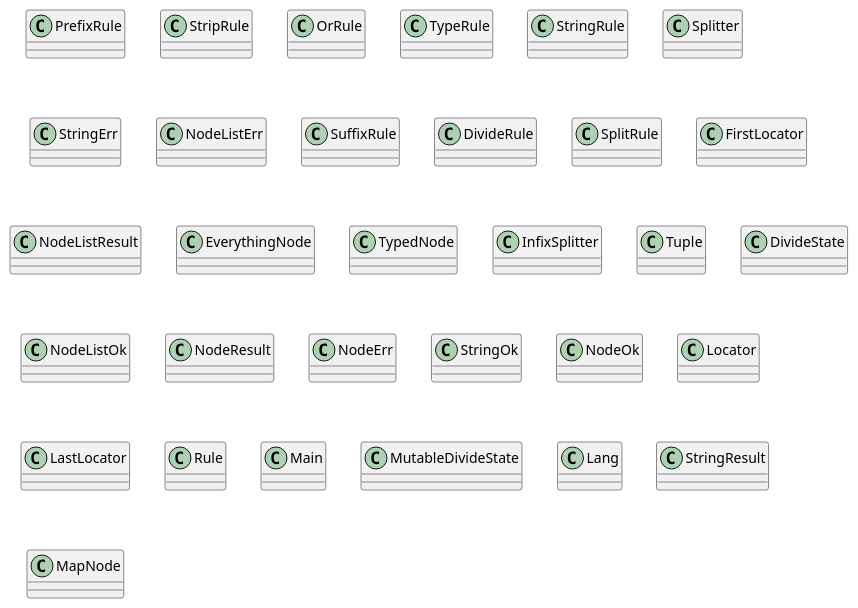
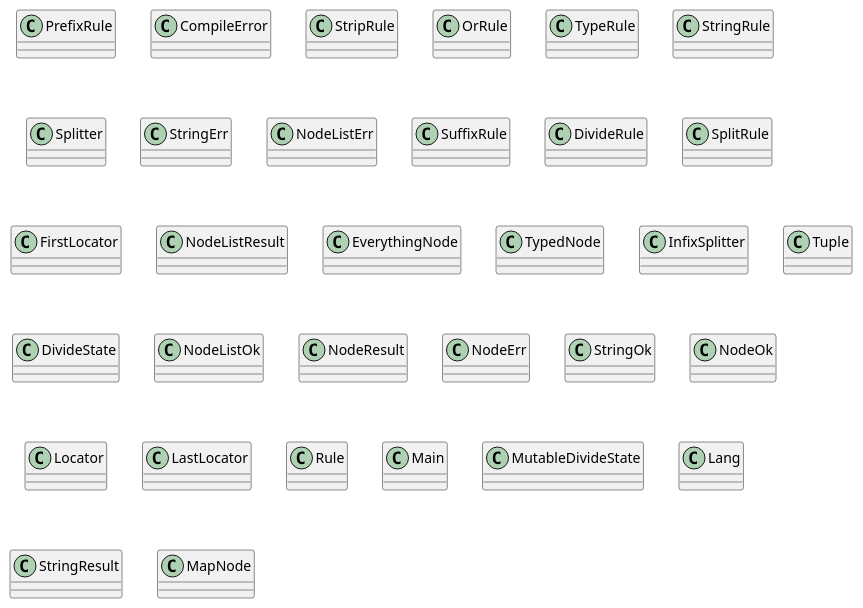
Before and after one commit to SirMathhman/Magma: the diagram in diagram.puml, drawn with PlantUML. The commit also changed 12 other files, not shown here.

```diff
--- a/diagram.puml
+++ b/diagram.puml
@@ -1,65 +1,67 @@
 @startuml
 skinparam linetype ortho
 class PrefixRule
+
+class CompileError
 
 class StripRule
 
 class OrRule
 
 class TypeRule
 
 class StringRule
 
 class Splitter
 
 class StringErr
 
 class NodeListErr
 
 class SuffixRule
 
 class DivideRule
 
 class SplitRule
 
 class FirstLocator
 
 class NodeListResult
 
 class EverythingNode
 
 class TypedNode
 
 class InfixSplitter
 
 class Tuple
 
 class DivideState
 
 class NodeListOk
 
 class NodeResult
 
 class NodeErr
 
 class StringOk
 
 class NodeOk
 
 class Locator
 
 class LastLocator
 
 class Rule
 
 class Main
 
 class MutableDivideState
 
 class Lang
 
 class StringResult
 
 class MapNode
 
 @enduml
```
